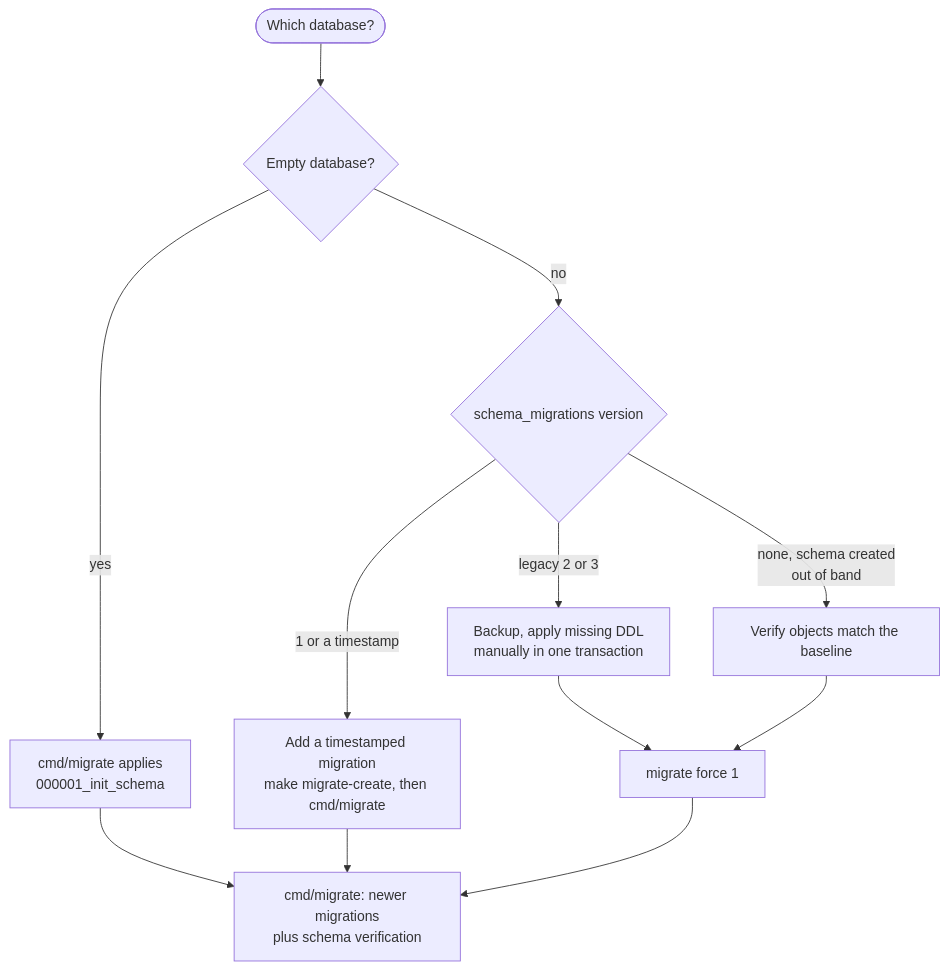
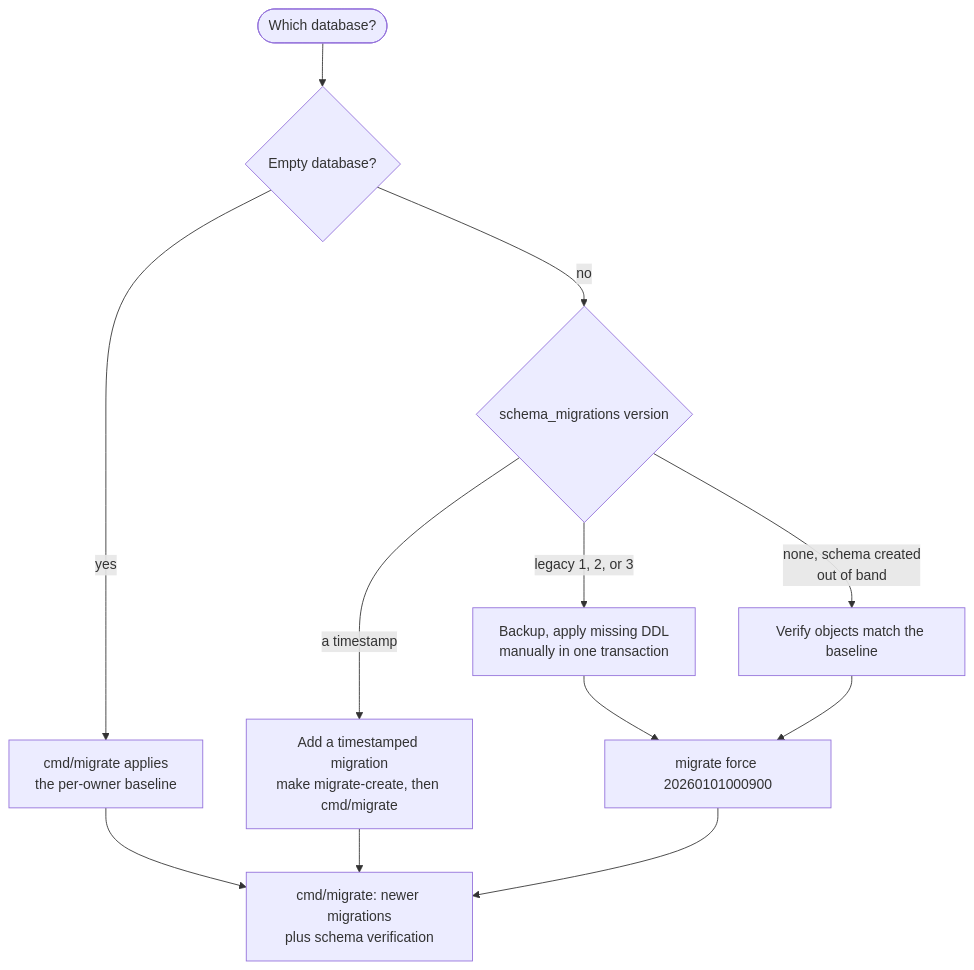
One commit to chuanghiduoc/fiber-golang-boilerplate changed the sixth of 8 diagrams in docs/operations.md. Above: the diagram before and after it, drawn with Mermaid. The commit also changed other lines of this file and 71 other files, not shown here.

````diff
--- a/docs/operations.md
+++ b/docs/operations.md
@@ -896,14 +896,14 @@
 ```mermaid
 flowchart TD
     start([Which database?]) --> fresh{Empty database?}
-    fresh -- yes --> base[cmd/migrate applies<br/>000001_init_schema]
+    fresh -- yes --> base[cmd/migrate applies<br/>the per-owner baseline]
     fresh -- no --> hist{schema_migrations version}
-    hist -- "1 or a timestamp" --> newer[Add a timestamped migration<br/>make migrate-create, then cmd/migrate]
-    hist -- "legacy 2 or 3" --> manual[Backup, apply missing DDL<br/>manually in one transaction]
+    hist -- "a timestamp" --> newer[Add a timestamped migration<br/>make migrate-create, then cmd/migrate]
+    hist -- "legacy 1, 2, or 3" --> manual[Backup, apply missing DDL<br/>manually in one transaction]
     hist -- "none, schema created<br/>out of band" --> verify[Verify objects match the baseline]
-    manual --> force[migrate force 1]
+    manual --> force[migrate force 20260101000900]
     verify --> force
     force --> run[cmd/migrate: newer migrations<br/>plus schema verification]
     base --> run
     newer --> run
 ```
````
